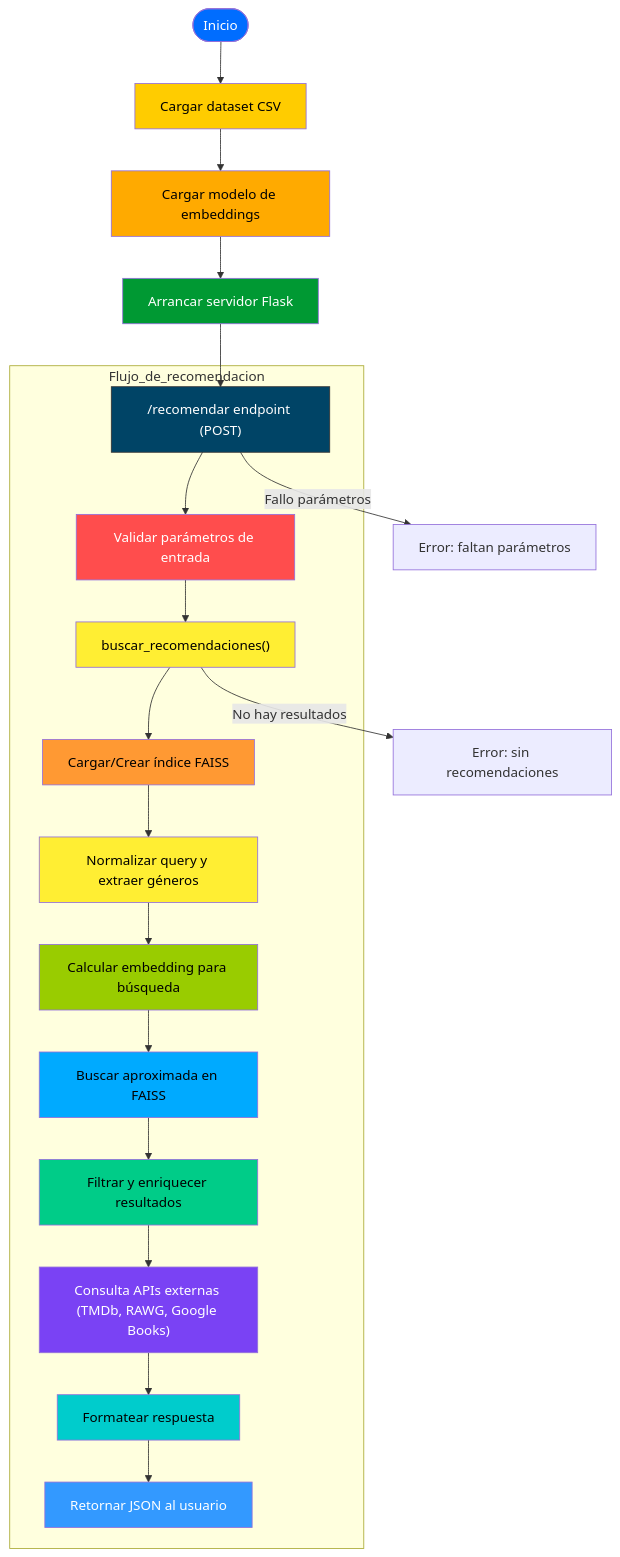
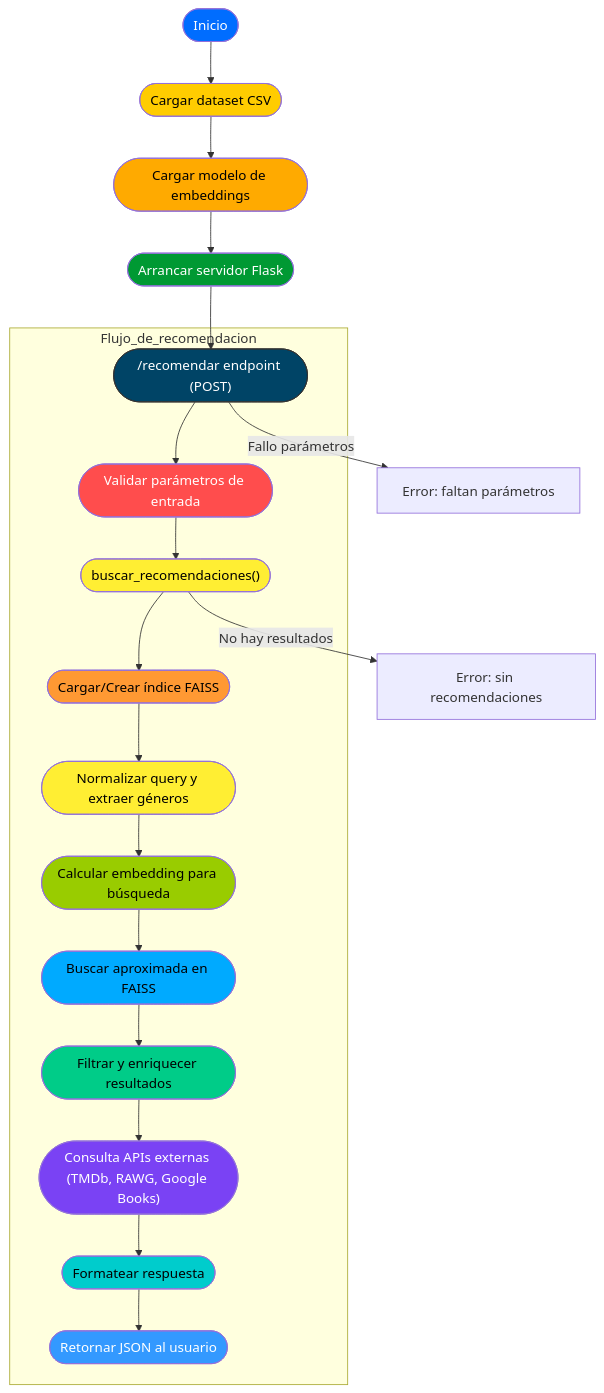
One commit to GerardoBlazquez/Sistema-de-Recomendaciones-Cruzadas changed the diagram in README.md. Above: the diagram before and after it, drawn with Mermaid.

````diff
--- a/README.md
+++ b/README.md
@@ -45,47 +45,47 @@
 ```mermaid
 flowchart TD
     INICIO([Inicio])
-    LOAD_DATASET["Cargar dataset CSV"]
-    LOAD_MODEL["Cargar modelo de embeddings"]
-    START_FLASK["Arrancar servidor Flask"]
-    RECOMENDAR_ENDPOINT["/recomendar endpoint (POST)"]
+    LOAD_DATASET(["Cargar dataset CSV"])
+    LOAD_MODEL(["Cargar modelo de embeddings"])
+    START_FLASK(["Arrancar servidor Flask"])
+    RECOMENDAR_ENDPOINT(["/recomendar endpoint (POST)"])
 
     INICIO --> LOAD_DATASET
     LOAD_DATASET --> LOAD_MODEL
     LOAD_MODEL --> START_FLASK
     START_FLASK --> RECOMENDAR_ENDPOINT
 
     subgraph Flujo_de_recomendacion
-        RECOMENDAR_ENDPOINT --> VALIDA_PARAMS["Validar parámetros de entrada"]
-        VALIDA_PARAMS --> BUSCA_RECOMENDACIONES["buscar_recomendaciones()"]
-        BUSCA_RECOMENDACIONES --> DATOS_INDEX["Cargar/Crear índice FAISS"]
-        DATOS_INDEX --> NORMALIZA_QUERY["Normalizar query y extraer géneros"]
-        NORMALIZA_QUERY --> CALC_EMBEDDING["Calcular embedding para búsqueda"]
-        CALC_EMBEDDING --> FAISS_SEARCH["Buscar aproximada en FAISS"]
-        FAISS_SEARCH --> FILTRA_RESULTADOS["Filtrar y enriquecer resultados"]
-        FILTRA_RESULTADOS --> EXTERNAL_API["Consulta APIs externas (TMDb, RAWG, Google Books)"]
-        EXTERNAL_API --> FORMATEA_RESPONSE["Formatear respuesta"]
-        FORMATEA_RESPONSE --> RETURN_JSON["Retornar JSON al usuario"]
+        RECOMENDAR_ENDPOINT --> VALIDA_PARAMS(["Validar parámetros de entrada"])
+        VALIDA_PARAMS --> BUSCA_RECOMENDACIONES(["buscar_recomendaciones()"])
+        BUSCA_RECOMENDACIONES --> DATOS_INDEX(["Cargar/Crear índice FAISS"])
+        DATOS_INDEX --> NORMALIZA_QUERY(["Normalizar query y extraer géneros"])
+        NORMALIZA_QUERY --> CALC_EMBEDDING(["Calcular embedding para búsqueda"])
+        CALC_EMBEDDING --> FAISS_SEARCH(["Buscar aproximada en FAISS"])
+        FAISS_SEARCH --> FILTRA_RESULTADOS(["Filtrar y enriquecer resultados"])
+        FILTRA_RESULTADOS --> EXTERNAL_API(["Consulta APIs externas (TMDb, RAWG, Google Books)"])
+        EXTERNAL_API --> FORMATEA_RESPONSE(["Formatear respuesta"])
+        FORMATEA_RESPONSE --> RETURN_JSON(["Retornar JSON al usuario"])
     end
 
     RECOMENDAR_ENDPOINT -->|Fallo parámetros| ERROR_PARAMS["Error: faltan parámetros"]
     BUSCA_RECOMENDACIONES -->|No hay resultados| ERROR_NO_RESULTS["Error: sin recomendaciones"]
 
     %% Estilos con más contraste
     style INICIO fill:#006dff,color:#ffffff
     style LOAD_DATASET fill:#ffcc00,color:#000000
     style LOAD_MODEL fill:#ffaa00,color:#000000
     style START_FLASK fill:#009933,color:#ffffff
     style RECOMENDAR_ENDPOINT fill:#004466,stroke:#333,color:#ffffff
 
     style VALIDA_PARAMS fill:#ff4d4d,color:#ffffff
     style BUSCA_RECOMENDACIONES fill:#ffee33,color:#000000
     style DATOS_INDEX fill:#ff9933,color:#000000
     style NORMALIZA_QUERY fill:#ffee33,color:#000000
     style CALC_EMBEDDING fill:#99cc00,color:#000000
     style FAISS_SEARCH fill:#00aaff,color:#000000
     style FILTRA_RESULTADOS fill:#00cc88,color:#000000
     style EXTERNAL_API fill:#7a42f4,color:#ffffff
     style FORMATEA_RESPONSE fill:#00cccc,color:#000000
     style RETURN_JSON fill:#3399ff,color:#ffffff
 ```
````
